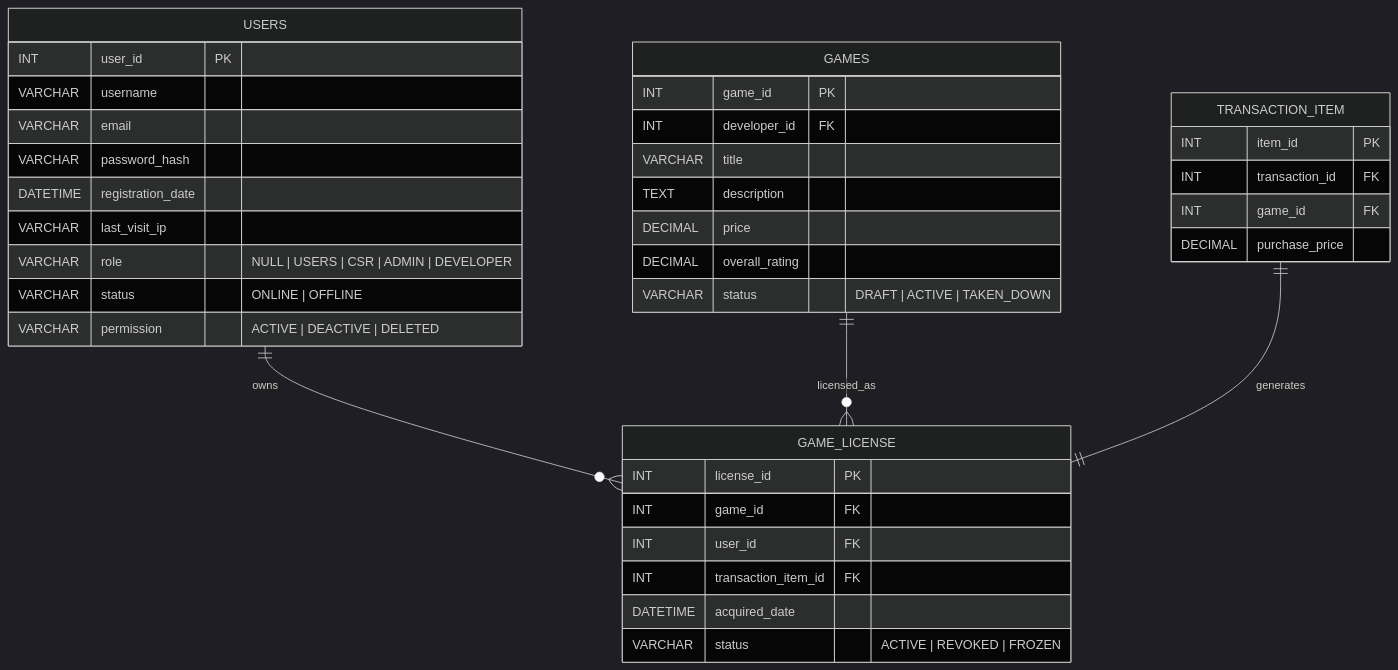
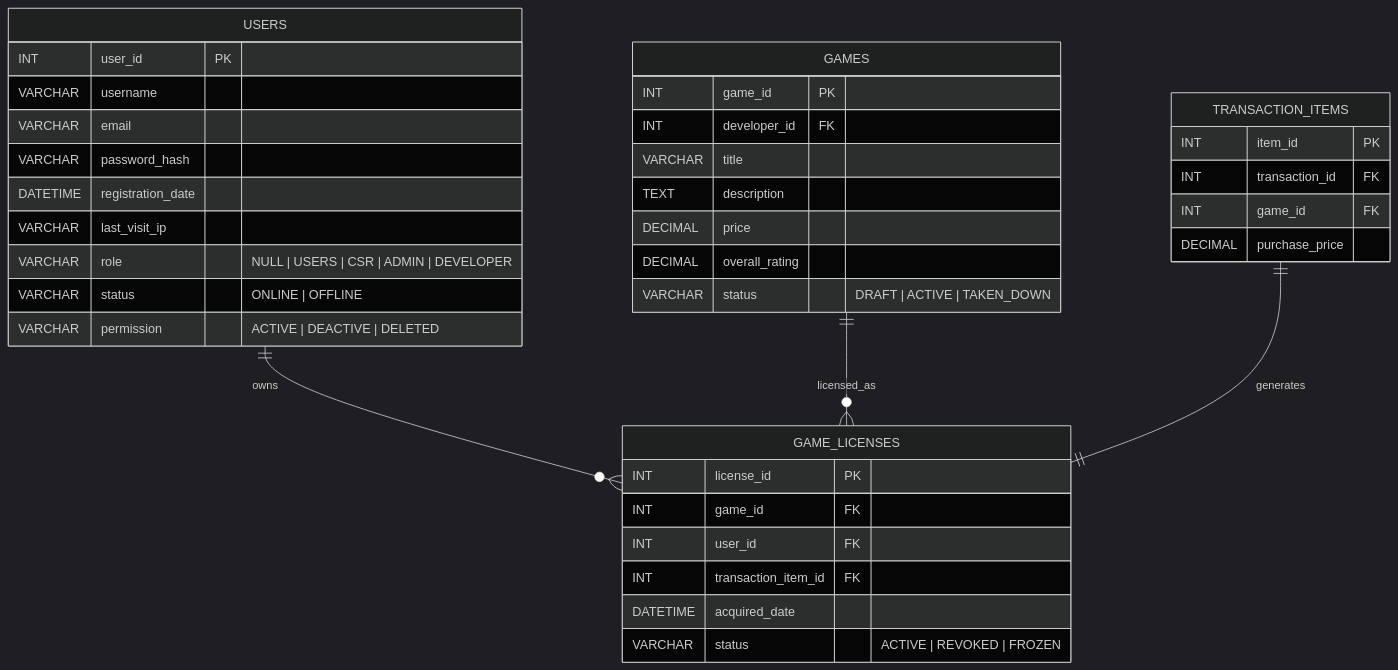
One commit to willie6666/dbms changed the diagram in mermaid/mermaid_modules/05_Game_License.mermaid. Above: the diagram before and after it, drawn with Mermaid (dark theme). The commit also changed 10 other files, not shown here.

Commit message:
feat: add entity relationship diagram for gaming platform database schema

```diff
--- a/mermaid/mermaid_modules/05_Game_License.mermaid
+++ b/mermaid/mermaid_modules/05_Game_License.mermaid
@@ -1,39 +1,39 @@
 erDiagram
     USERS {
         INT user_id PK
         VARCHAR username
         VARCHAR email
         VARCHAR password_hash
         DATETIME registration_date
         VARCHAR last_visit_ip
         VARCHAR role "NULL | USERS | CSR | ADMIN | DEVELOPER"
         VARCHAR status "ONLINE | OFFLINE"
         VARCHAR permission "ACTIVE | DEACTIVE | DELETED"
     }
     GAMES {
         INT game_id PK
         INT developer_id FK
         VARCHAR title
         TEXT description
         DECIMAL price
         DECIMAL overall_rating
         VARCHAR status "DRAFT | ACTIVE | TAKEN_DOWN"
     }
-    TRANSACTION_ITEM {
+    TRANSACTION_ITEMS {
         INT item_id PK
         INT transaction_id FK
         INT game_id FK
         DECIMAL purchase_price
     }
-    GAME_LICENSE {
+    GAME_LICENSES {
         INT license_id PK
         INT game_id FK
         INT user_id FK
         INT transaction_item_id FK
         DATETIME acquired_date
         VARCHAR status "ACTIVE | REVOKED | FROZEN"
     }
 
-    USERS ||--o{ GAME_LICENSE : owns
-    GAMES ||--o{ GAME_LICENSE : licensed_as
-    TRANSACTION_ITEM ||--|| GAME_LICENSE : generates
+    USERS ||--o{ GAME_LICENSES : owns
+    GAMES ||--o{ GAME_LICENSES : licensed_as
+    TRANSACTION_ITEMS ||--|| GAME_LICENSES : generates
```
